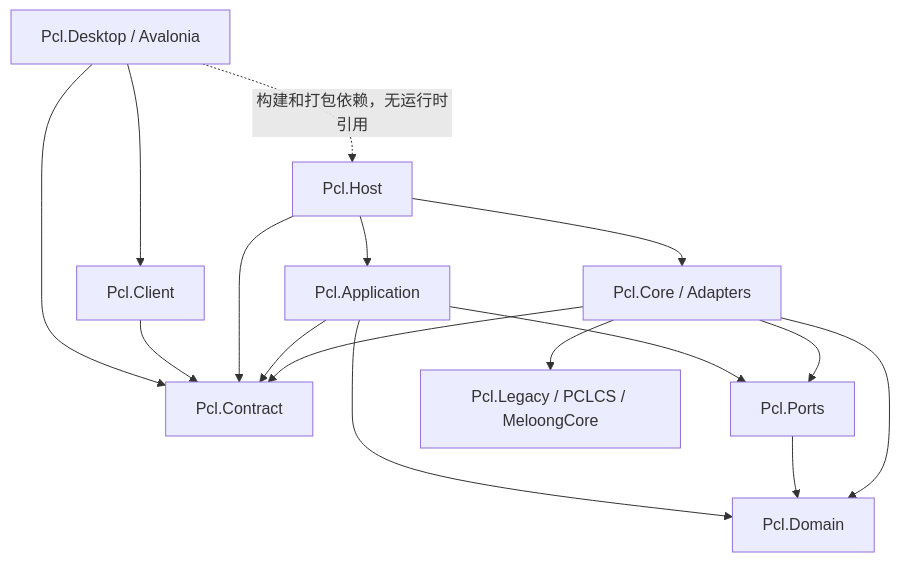
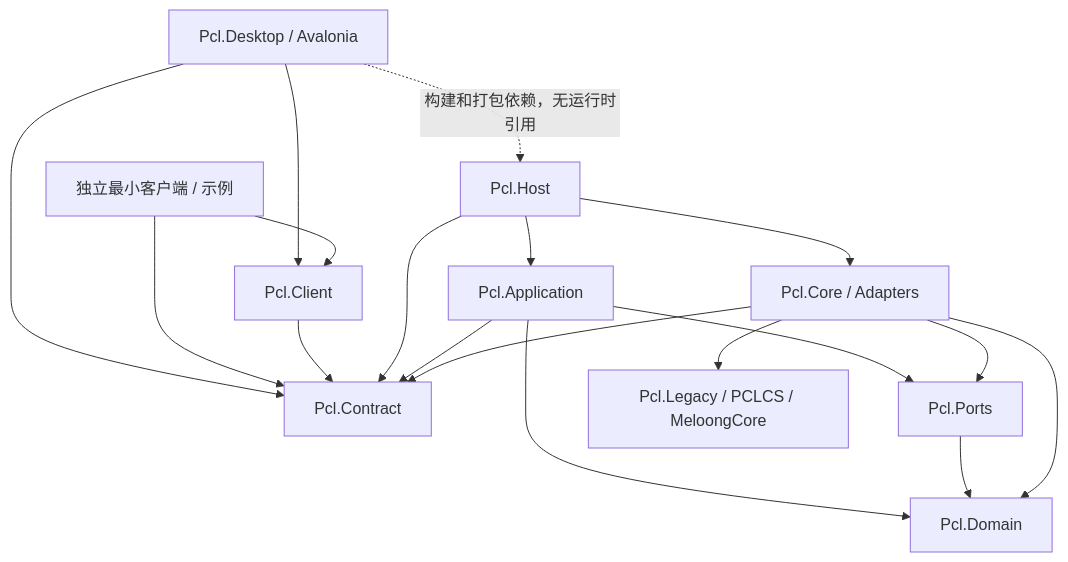
Before and after one commit to ParadoxRin/Plain_Craft_Launcher_Refactoring_Core: the first of 4 diagrams in docs/架构与设计取舍.md, drawn with Mermaid. The commit also changed other lines of this file and 10 other files, not shown here.

````diff
--- a/docs/架构与设计取舍.md
+++ b/docs/架构与设计取舍.md
@@ -7,18 +7,20 @@
 ```mermaid
 flowchart TB
   Desktop[Pcl.Desktop / Avalonia] --> Client[Pcl.Client]
   Desktop --> Contract[Pcl.Contract]
+  Minimal[独立最小客户端 / 示例] --> Client
+  Minimal --> Contract
   Client --> Contract
   Desktop -.构建和打包依赖，无运行时引用.-> Host[Pcl.Host]
   Host --> App[Pcl.Application]
   Host --> Core[Pcl.Core / Adapters]
   Host --> Contract
   App --> Contract
   App --> Domain[Pcl.Domain]
   App --> Ports[Pcl.Ports]
   Ports --> Domain
   Core --> Contract
   Core --> Ports
   Core --> Domain
   Core --> Legacy[Pcl.Legacy / PCLCS / MeloongCore]
 ```
````
